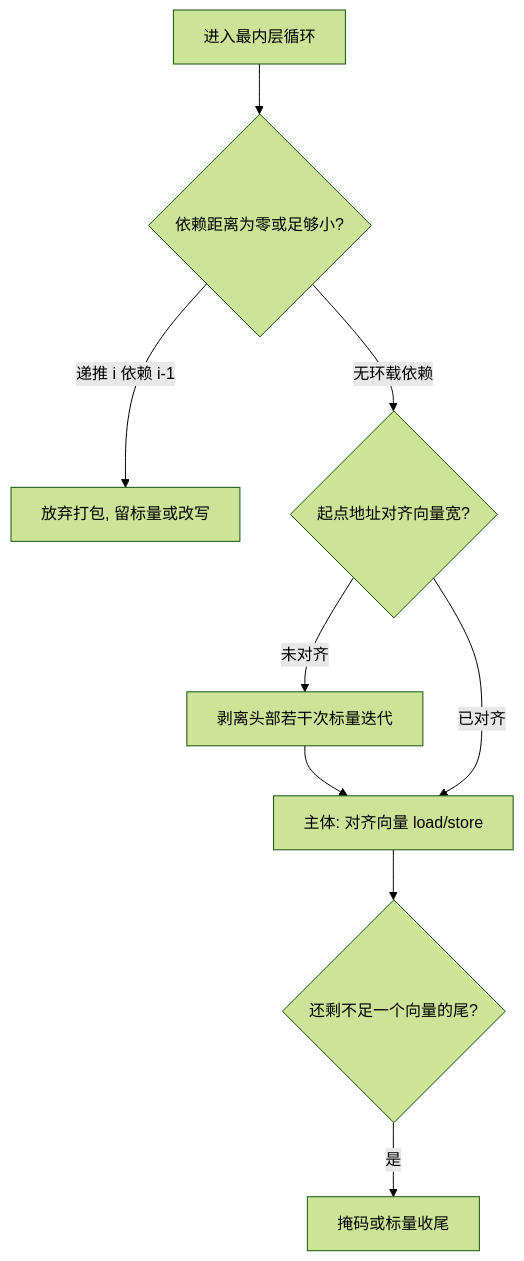
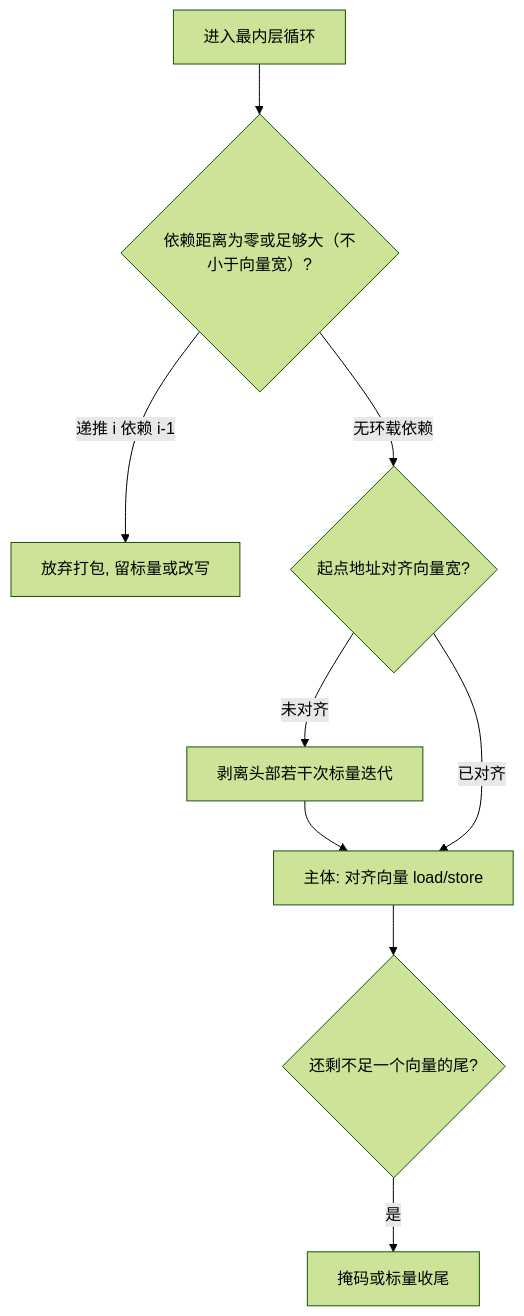
One commit to xhongduo-tech/xhongduo-tech.github.io changed the second of 2 diagrams in docs/cs/auto-vectorization.md. Above: the diagram before and after it, drawn with Mermaid (forest theme). The commit also changed 8 other files, not shown here.

````diff
--- a/docs/cs/auto-vectorization.md
+++ b/docs/cs/auto-vectorization.md
@@ -47,11 +47,11 @@
 ```mermaid
 flowchart TD
-  A["进入最内层循环"] --> B{"依赖距离为零或足够小?"}
+  A["进入最内层循环"] --> B{"依赖距离为零或足够大（不小于向量宽）?"}
   B -->|"递推 i 依赖 i-1"| C["放弃打包, 留标量或改写"]
   B -->|"无环载依赖"| D{"起点地址对齐向量宽?"}
   D -->|"未对齐"| E["剥离头部若干次标量迭代"]
   E --> F["主体: 对齐向量 load/store"]
   D -->|"已对齐"| F
   F --> G{"还剩不足一个向量的尾?"}
   G -->|"是"| H["掩码或标量收尾"]
 ```
````
